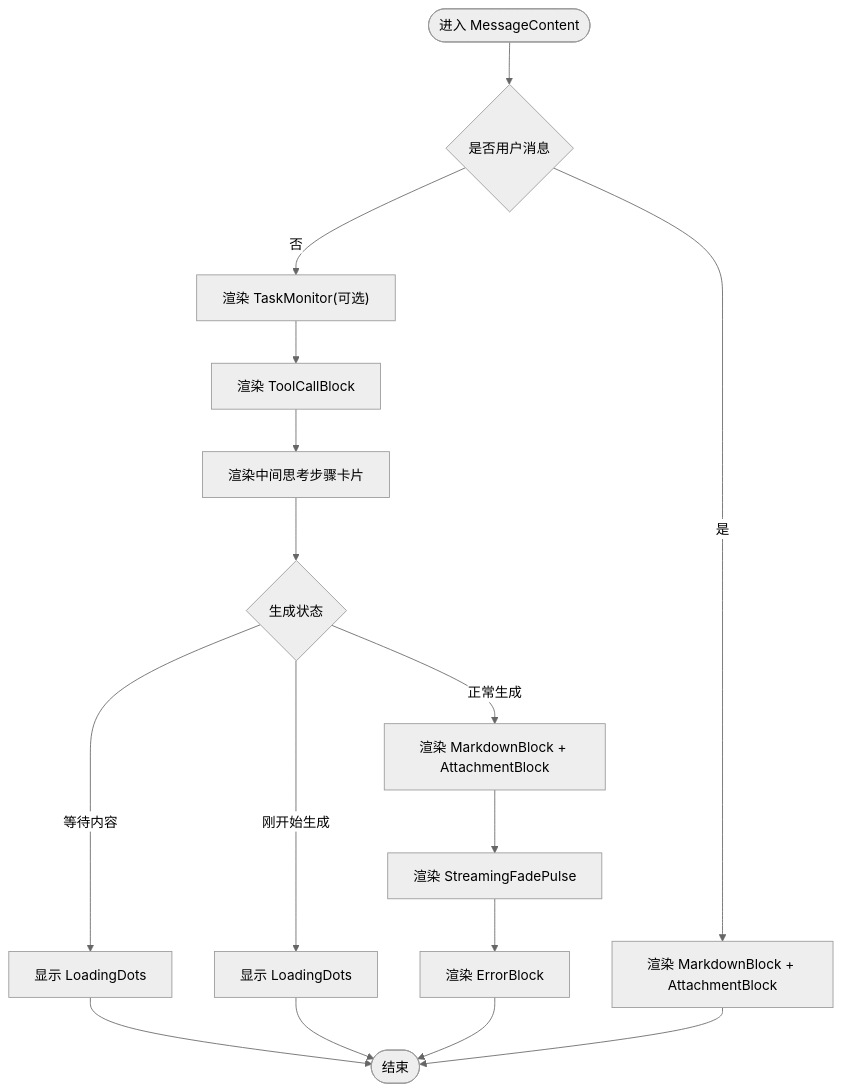
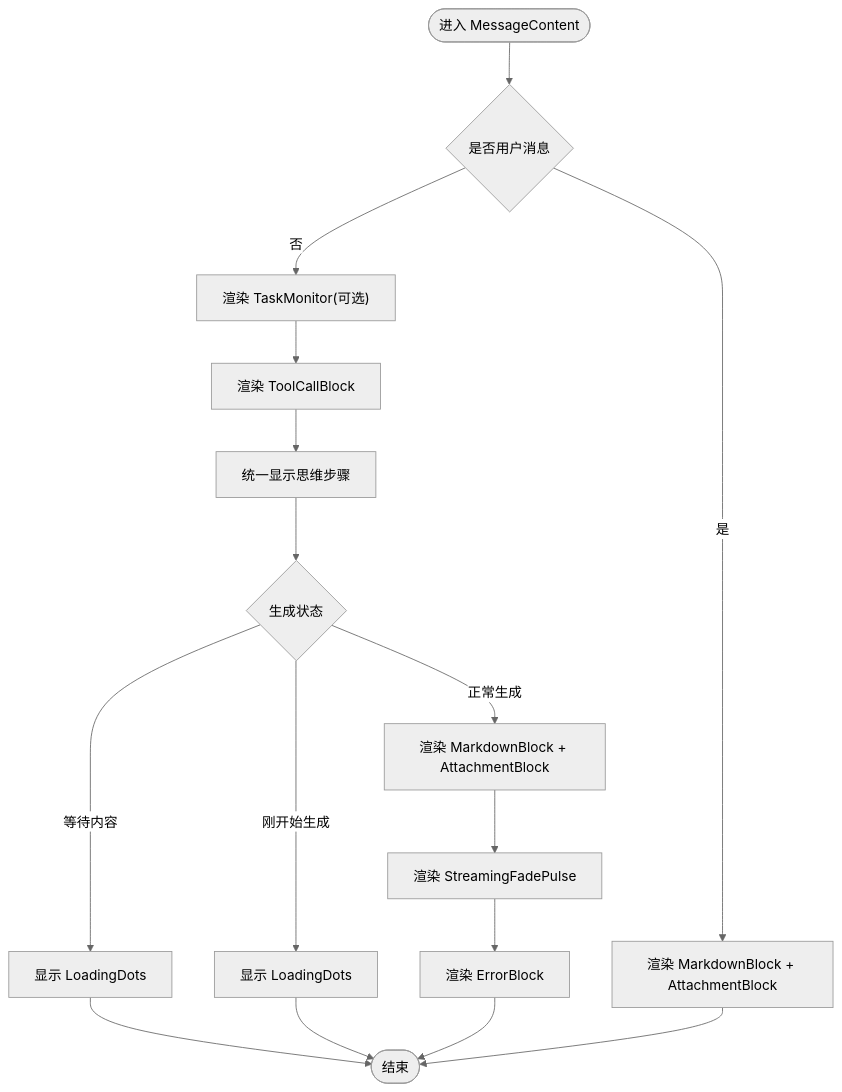
The fourth of 9 diagrams in .qoder/repowiki/zh/content/UI组件系统/聊天组件.md (NarcisWL/Nexara), drawn with Mermaid (neutral theme) before and after one commit. The commit also changed other lines of this file and 4 other files, not shown here.

````diff
--- a/.qoder/repowiki/zh/content/UI组件系统/聊天组件.md
+++ b/.qoder/repowiki/zh/content/UI组件系统/聊天组件.md
@@ -203,18 +239,18 @@
 ```mermaid
 flowchart TD
 Start(["进入 MessageContent"]) --> Role{"是否用户消息"}
 Role --> |是| UserRender["渲染 MarkdownBlock + AttachmentBlock"]
 Role --> |否| Assistant["渲染 TaskMonitor(可选)"]
 Assistant --> ToolCall["渲染 ToolCallBlock"]
-ToolCall --> Steps["渲染中间思考步骤卡片"]
-Steps --> GenState{"生成状态"}
+ToolCall --> UnifiedSteps["统一显示思维步骤"]
+UnifiedSteps --> GenState{"生成状态"}
 GenState --> |等待内容| Wait["显示 LoadingDots"]
 GenState --> |刚开始生成| StartGen["显示 LoadingDots"]
 GenState --> |正常生成| Normal["渲染 MarkdownBlock + AttachmentBlock"]
 Normal --> Pulse["渲染 StreamingFadePulse"]
 Pulse --> Error["渲染 ErrorBlock"]
 Wait --> End(["结束"])
 StartGen --> End
 Error --> End
 UserRender --> End
 ```
````
